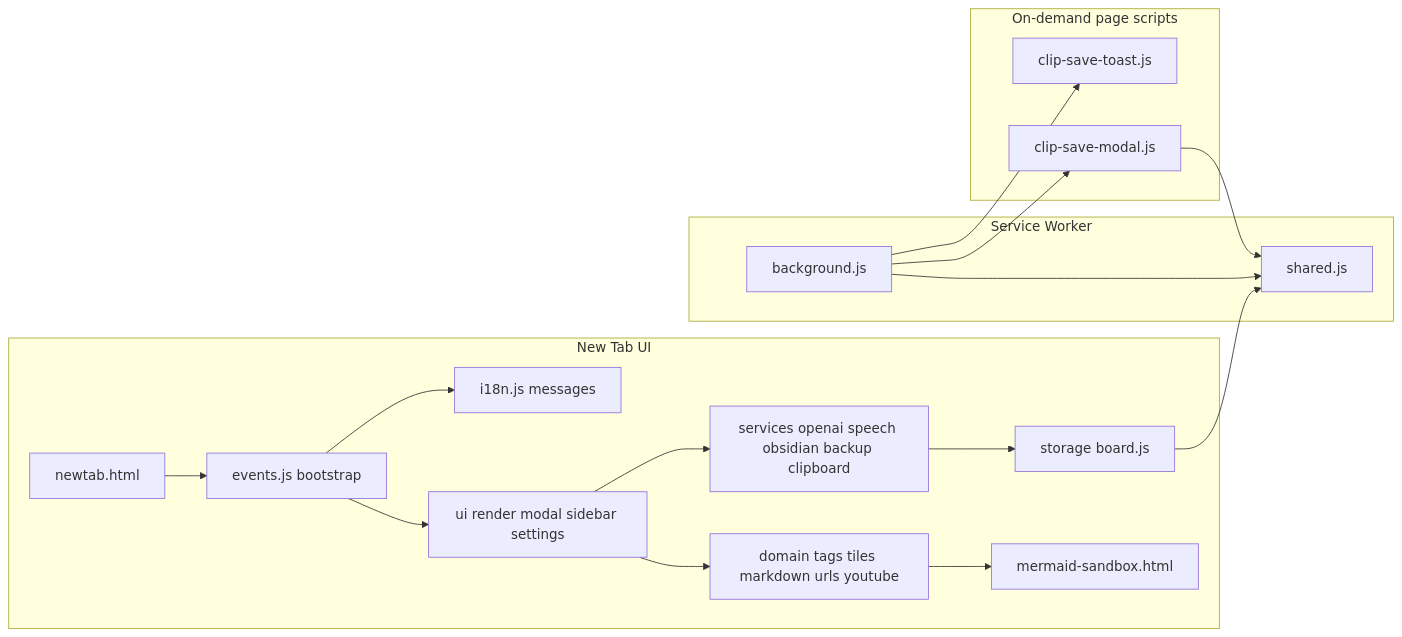
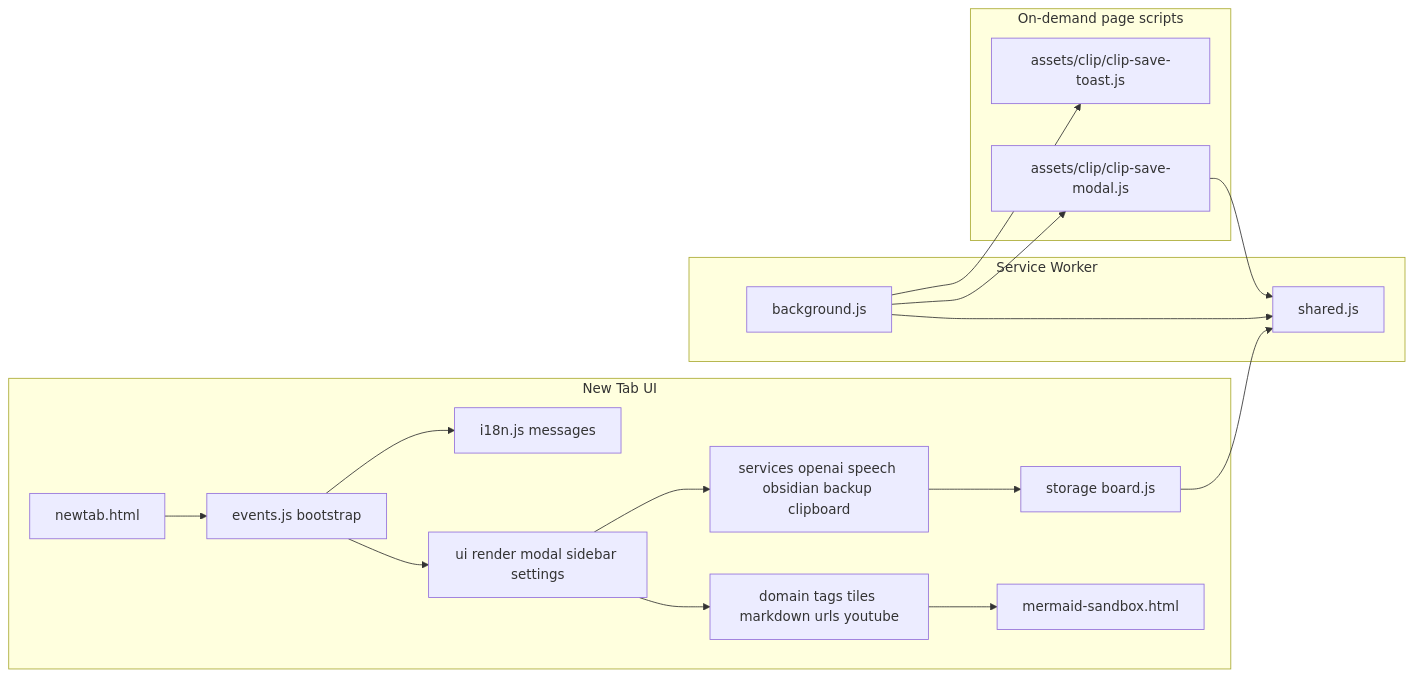
Before and after one commit to ktaishi/chrome_newtab_prompt_columns: the second of 5 diagrams in README.md, drawn with Mermaid. The commit also changed other lines of this file and 10 other files, not shown here.

````diff
--- a/README.md
+++ b/README.md
@@ -100,36 +100,36 @@
 ```mermaid
 flowchart LR
   subgraph newtab [New Tab UI]
     HTML[newtab.html]
     EVT[events.js bootstrap]
     UI[ui render modal sidebar settings]
     DOM[domain tags tiles markdown urls youtube]
     SVC[services openai speech obsidian backup clipboard]
     MERM[mermaid-sandbox.html]
     STO[storage board.js]
     I18N[i18n.js messages]
   end
 
   subgraph worker [Service Worker]
     BG[background.js]
     SH[shared.js]
   end
 
   subgraph inject [On-demand page scripts]
-    MODAL[clip-save-modal.js]
-    TOAST[clip-save-toast.js]
+    MODAL[assets/clip/clip-save-modal.js]
+    TOAST[assets/clip/clip-save-toast.js]
   end
 
   HTML --> EVT
   EVT --> UI
   UI --> DOM
   UI --> SVC
   SVC --> STO
   DOM --> MERM
   EVT --> I18N
   BG --> SH
   STO --> SH
   BG --> MODAL
   BG --> TOAST
   MODAL --> SH
 ```
````
